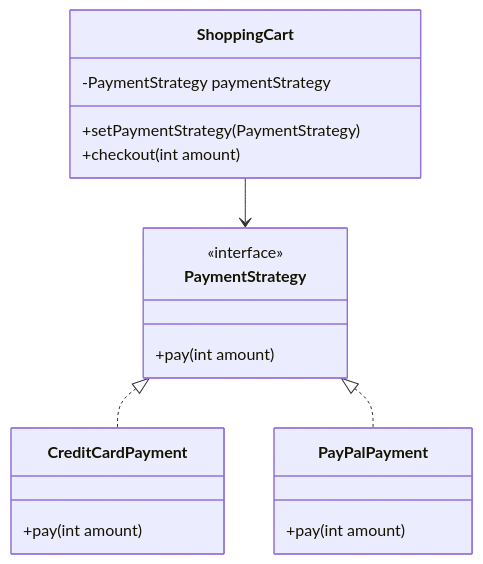
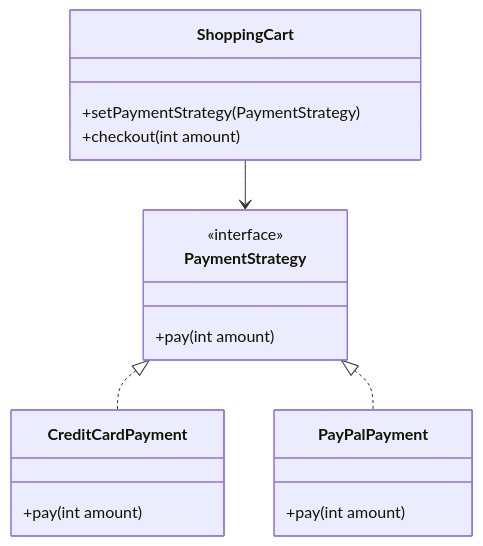
Before and after one commit to MasteryEducation/SoftwarePatternsLexicon.com: the first of 2 diagrams in content/patterns-java/1/4/index.md, drawn with Mermaid. The commit also changed other lines of this file and 883 other files, not shown here.

````diff
--- a/content/patterns-java/1/4/index.md
+++ b/content/patterns-java/1/4/index.md
@@ -363,21 +207,20 @@
 ```mermaid
 classDiagram
     class PaymentStrategy {
         <<interface>>
         +pay(int amount)
     }
     class CreditCardPayment {
         +pay(int amount)
     }
     class PayPalPayment {
         +pay(int amount)
     }
     class ShoppingCart {
-        -PaymentStrategy paymentStrategy
         +setPaymentStrategy(PaymentStrategy)
         +checkout(int amount)
     }
     PaymentStrategy <|.. CreditCardPayment
     PaymentStrategy <|.. PayPalPayment
     ShoppingCart --> PaymentStrategy
 ```
````
